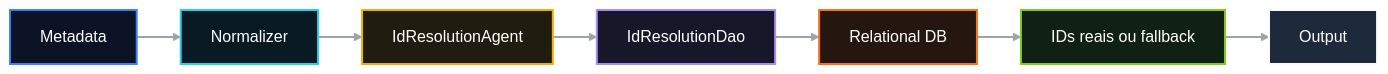
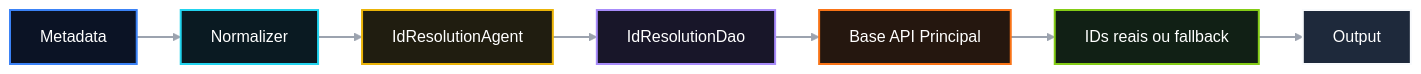
Before and after one commit to matheusdiamantino-betalent/questions-ai: the diagram in PR 65 — Fase 2: Normalização Determinística para Lookup Relacional.md, drawn with Mermaid. The commit also changed other lines of this file, not shown here.

````diff
--- a/PR 65 — Fase 2: Normalização Determinística para Lookup Relacional.md
+++ b/PR 65 — Fase 2: Normalização Determinística para Lookup Relacional.md
@@ -83,51 +84,51 @@
 ```mermaid
 %%{init: {
   "theme": "base",
   "themeVariables": {
     "background": "#050b16",
     "primaryColor": "#0b1220",
     "primaryTextColor": "#ffffff",
     "primaryBorderColor": "#22d3ee",
     "lineColor": "#94a3b8",
     "secondaryColor": "#0b1220",
     "tertiaryColor": "#0b1220",
     "fontFamily": "Inter, Arial, sans-serif"
   },
   "flowchart": {
     "htmlLabels": true,
     "curve": "linear",
     "nodeSpacing": 34,
     "rankSpacing": 44
   }
 }}%%
 flowchart LR
     A["Metadata"] --> B["Normalizer"]
     B --> C["IdResolutionAgent"]
     C --> D["IdResolutionDao"]
-    D --> E["Relational DB"]
+    D --> E["Base API Principal"]
     E --> F["IDs reais ou fallback"]
     F --> G["Output"]
 
     classDef step1 fill:#0b1325,stroke:#3b82f6,stroke-width:2px,color:#ffffff;
     classDef step2 fill:#0a1a22,stroke:#22d3ee,stroke-width:2px,color:#ffffff;
     classDef step3 fill:#201d10,stroke:#eab308,stroke-width:2px,color:#ffffff;
     classDef step4 fill:#181629,stroke:#a78bfa,stroke-width:2px,color:#ffffff;
     classDef step5 fill:#25170f,stroke:#f97316,stroke-width:2px,color:#ffffff;
     classDef step6 fill:#112015,stroke:#84cc16,stroke-width:2px,color:#ffffff;
     classDef step7 fill:#1e293b,stroke:#f8fafc,stroke-width:2px,color:#ffffff;
 
     class A step1;
     class B step2;
     class C step3;
     class D step4;
     class E step5;
     class F step6;
     class G step7;
 
     linkStyle 0 stroke:#9ca3af,stroke-width:2px;
     linkStyle 1 stroke:#9ca3af,stroke-width:2px;
     linkStyle 2 stroke:#9ca3af,stroke-width:2px;
     linkStyle 3 stroke:#9ca3af,stroke-width:2px;
     linkStyle 4 stroke:#9ca3af,stroke-width:2px;
     linkStyle 5 stroke:#9ca3af,stroke-width:2px;
 ```
````
